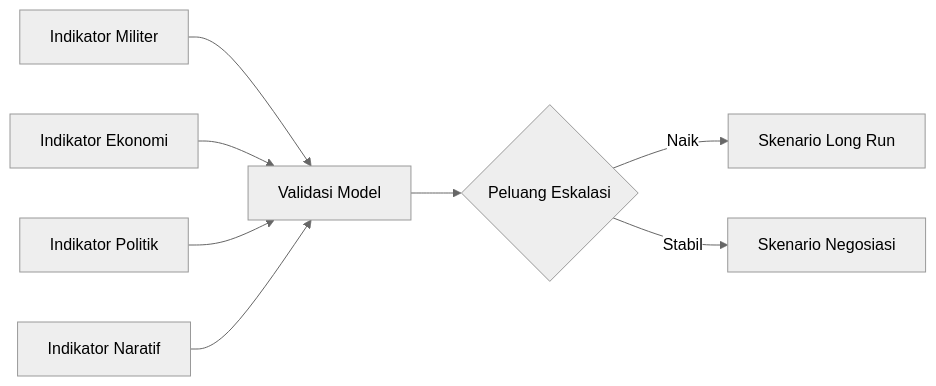
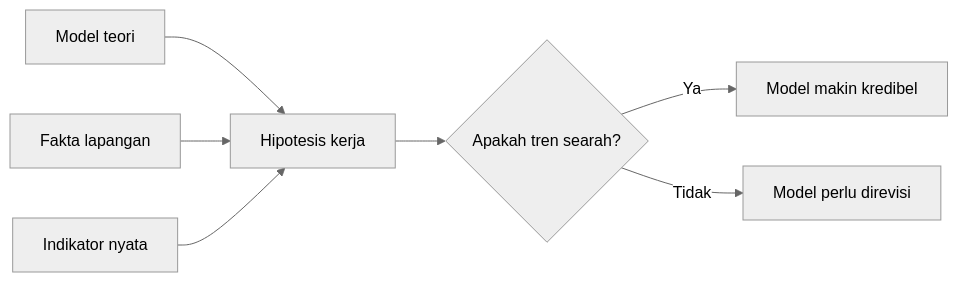
Before and after one commit to dwirx/BangunAI-Blog: the seventh of 8 diagrams in src/content/articles/game-theory-law-of-escalation-us-iran-war-esok-sekarang-mengeja-eskalasi-strategi-geopolitik.mdx, drawn with Mermaid (neutral theme). The commit also changed other lines of this file, not shown here.

````diff
--- a/src/content/articles/game-theory-law-of-escalation-us-iran-war-esok-sekarang-mengeja-eskalasi-strategi-geopolitik.mdx
+++ b/src/content/articles/game-theory-law-of-escalation-us-iran-war-esok-sekarang-mengeja-eskalasi-strategi-geopolitik.mdx
@@ -257,11 +380,9 @@
 ```mermaid
 flowchart LR
-    A[Indikator Militer] --> E[Validasi Model]
-    B[Indikator Ekonomi] --> E
-    C[Indikator Politik]
-    C --> E
-    D[Indikator Naratif] --> E
-    E --> F{Peluang Eskalasi}
-    F -->|Naik| G[Skenario Long Run]
-    F -->|Stabil| H[Skenario Negosiasi]
+    A[Model teori] --> D[Hipotesis kerja]
+    B[Fakta lapangan] --> D
+    C[Indikator nyata] --> D
+    D --> E{Apakah tren searah?}
+    E -->|Ya| F[Model makin kredibel]
+    E -->|Tidak| G[Model perlu direvisi]
 ```
````
